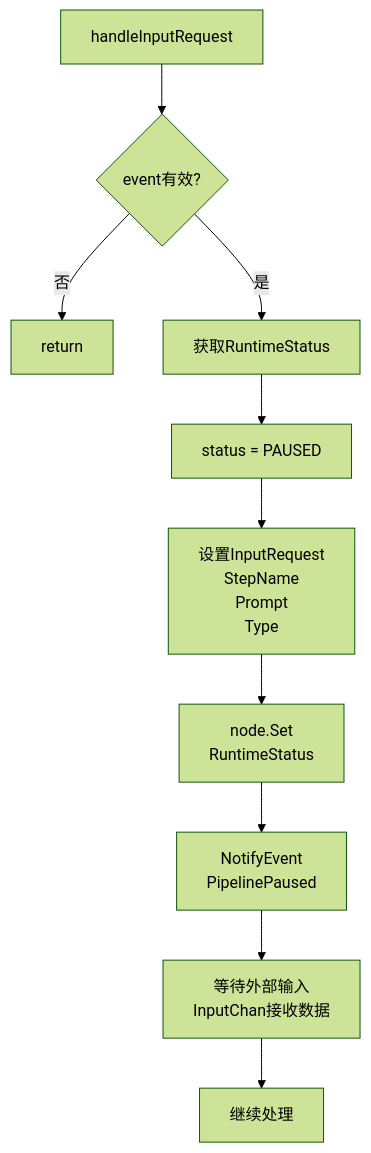
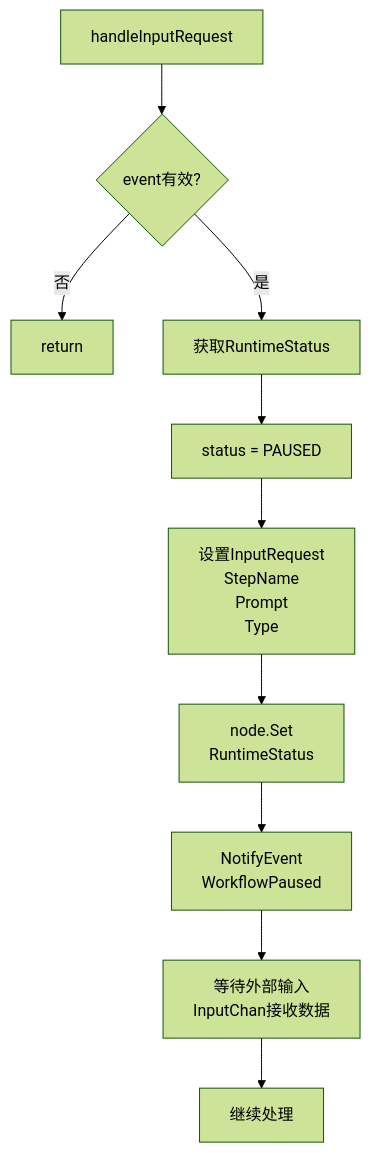
The ninth of 15 diagrams in dag/FLOWS.md (LerkoX/flowx), drawn with Mermaid (forest theme) before and after one commit. The commit also changed other lines of this file and 99 other files, not shown here.

First line of the commit message:
refactor: Pipeline 统一更名为 Workflow

````diff
--- a/dag/FLOWS.md
+++ b/dag/FLOWS.md
@@ -228,13 +228,13 @@
 ```mermaid
 flowchart TD
     A[handleInputRequest] --> B{event有效?}
     B -->|否| Z[return]
     B -->|是| C[获取RuntimeStatus]
     C --> D[status = PAUSED]
     D --> E[设置InputRequest<br/>StepName<br/>Prompt<br/>Type]
     E --> F[node.Set<br/>RuntimeStatus]
 
-    F --> G[NotifyEvent<br/>PipelinePaused]
+    F --> G[NotifyEvent<br/>WorkflowPaused]
     G --> H[等待外部输入<br/>InputChan接收数据]
     H --> I[继续处理]
 ```
````
